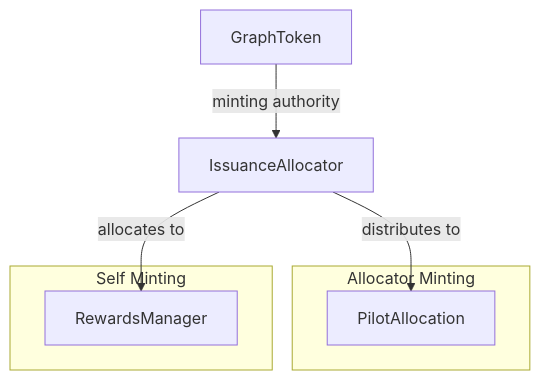
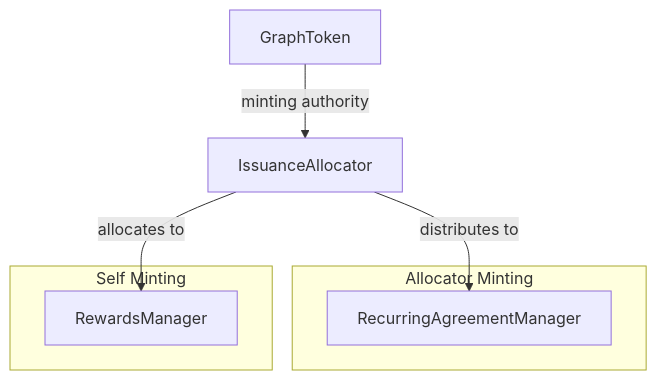
The third of 6 diagrams in packages/deployment/docs/Design.md (graphprotocol/contracts), drawn with Mermaid before and after one commit. The commit also changed other lines of this file and 172 other files, not shown here.

````diff
--- a/packages/deployment/docs/Design.md
+++ b/packages/deployment/docs/Design.md
@@ -117,17 +112,17 @@
 ```mermaid
 graph TB
     GT[GraphToken]
     IA[IssuanceAllocator]
 
     subgraph "Allocator Minting"
-        PA[PilotAllocation]
+        RAM[RecurringAgreementManager]
     end
 
     subgraph "Self Minting"
         RM[RewardsManager]
     end
 
     GT -->|minting authority| IA
-    IA -->|distributes to| PA
+    IA -->|distributes to| RAM
     IA -->|allocates to| RM
 ```
````
